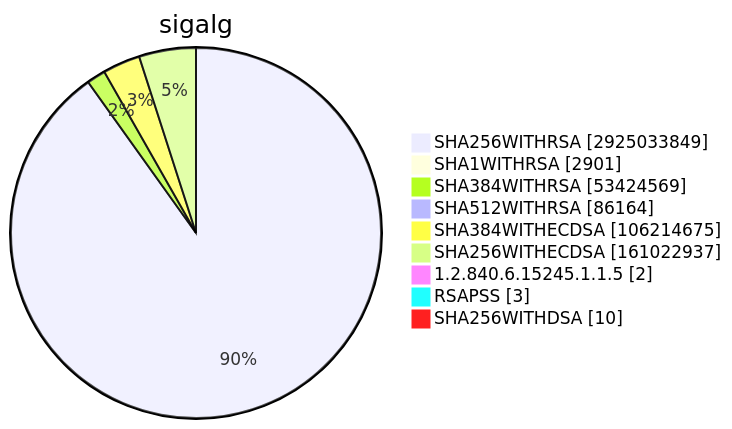
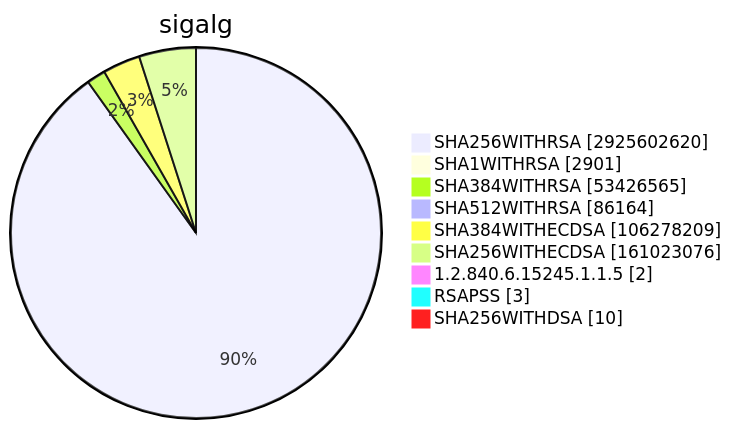
Diagram 15 of 15 in TOTAL/README.md (christiankrug/ctmonitor_visualization), drawn with Mermaid before and after one commit. The commit also changed other lines of this file, not shown here.

````diff
--- a/TOTAL/README.md
+++ b/TOTAL/README.md
@@ -6207,13 +6207,13 @@
 ```mermaid
 pie showData
 title sigalg
-"SHA256WITHRSA" :2925033849
+"SHA256WITHRSA" :2925602620
 "SHA1WITHRSA" :2901
-"SHA384WITHRSA" :53424569
+"SHA384WITHRSA" :53426565
 "SHA512WITHRSA" :86164
-"SHA384WITHECDSA" :106214675
-"SHA256WITHECDSA" :161022937
+"SHA384WITHECDSA" :106278209
+"SHA256WITHECDSA" :161023076
 "1.2.840.6.15245.1.1.5" :2
 "RSAPSS" :3
 "SHA256WITHDSA" :10
 ```
````
